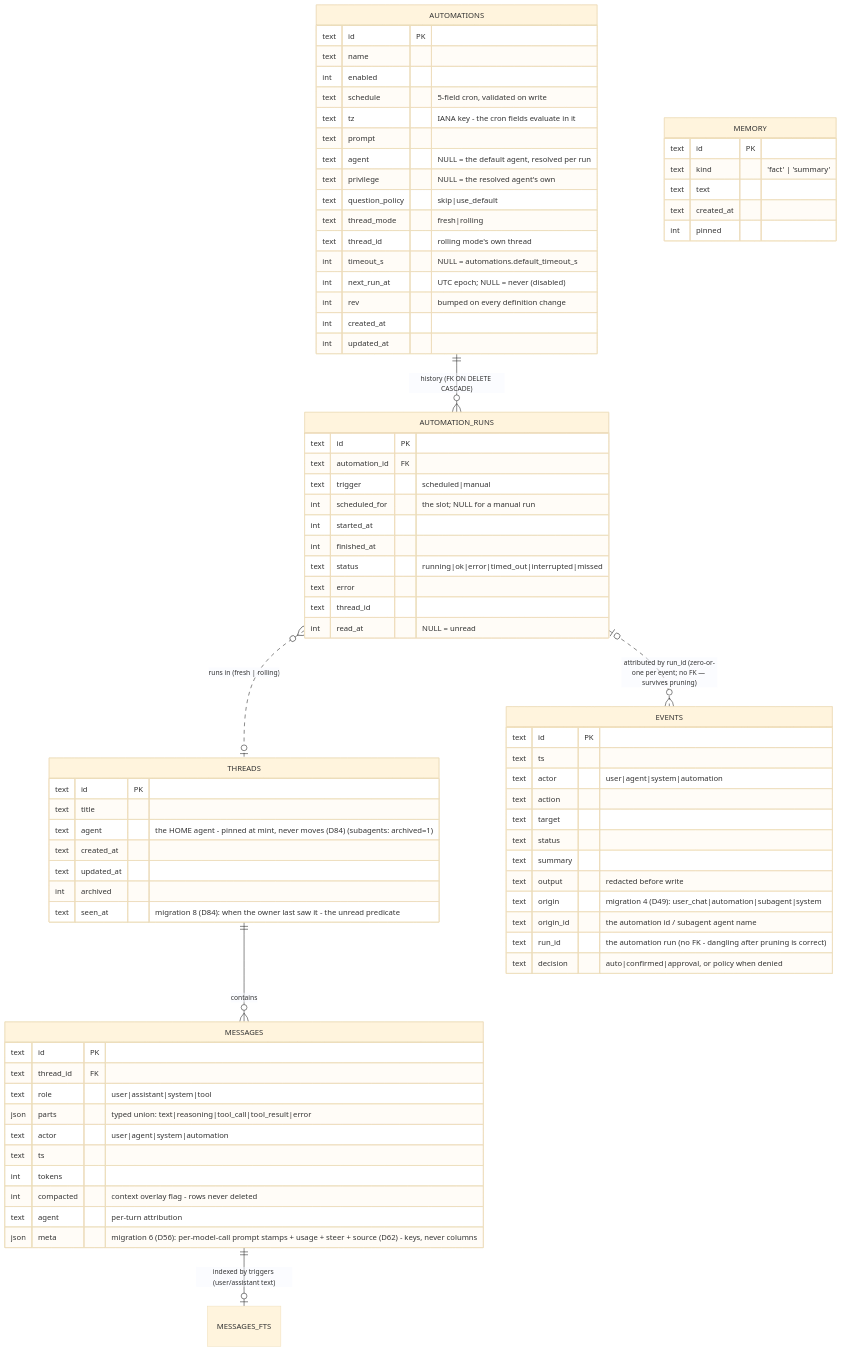
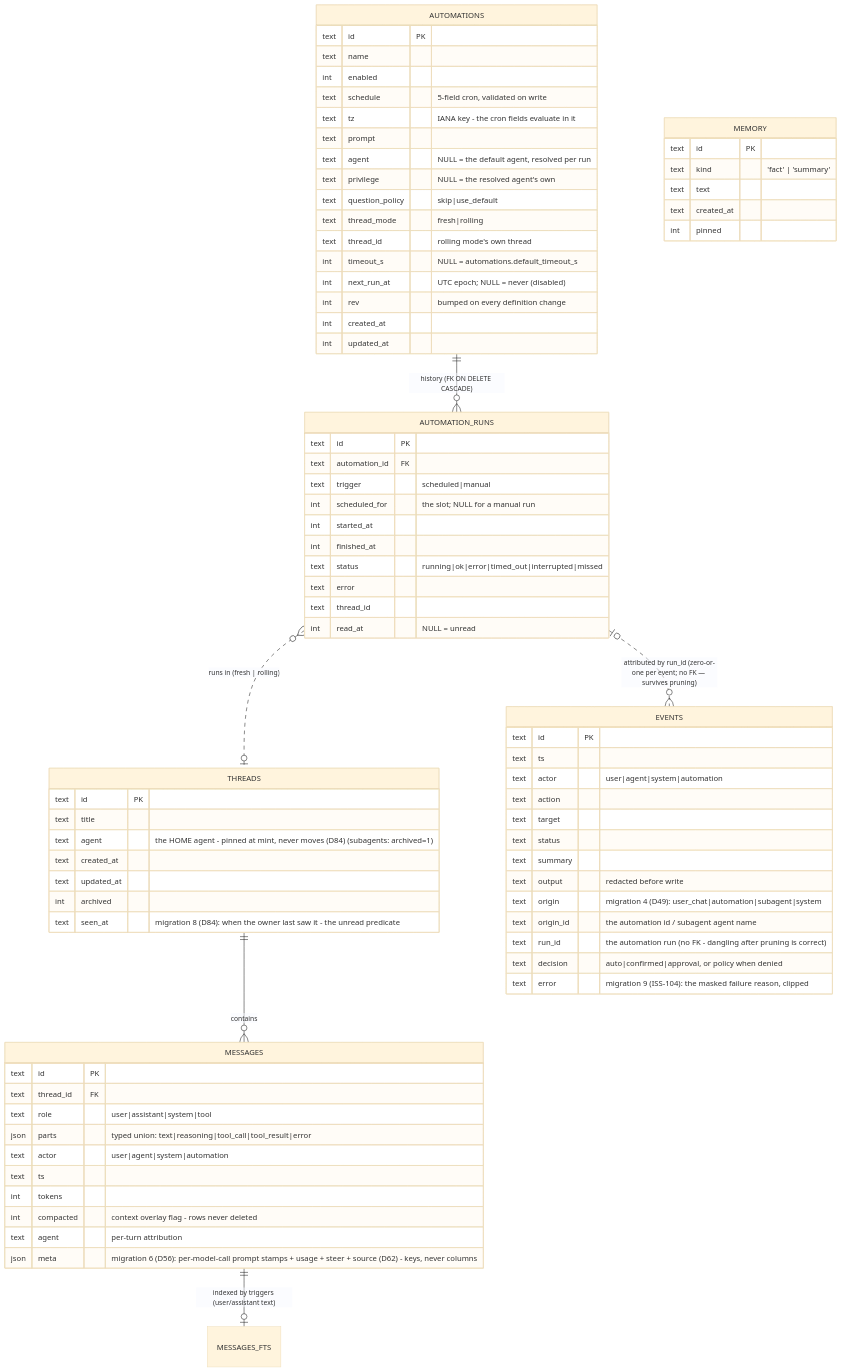
The tenth of 11 diagrams in docs/SPEC.md (nengoxx/ctrl-b), drawn with Mermaid (base theme) before and after one commit. The commit also changed other lines of this file and 20 other files, not shown here.

````diff
--- a/docs/SPEC.md
+++ b/docs/SPEC.md
@@ -394,80 +394,81 @@
 ```mermaid
 erDiagram
     THREADS ||--o{ MESSAGES : contains
     MESSAGES ||--o| MESSAGES_FTS : "indexed by triggers (user/assistant text)"
     AUTOMATIONS ||--o{ AUTOMATION_RUNS : "history (FK ON DELETE CASCADE)"
     AUTOMATION_RUNS }o..o| THREADS : "runs in (fresh | rolling)"
     AUTOMATION_RUNS |o..o{ EVENTS : "attributed by run_id (zero-or-one per event; no FK — survives pruning)"
     THREADS {
         text id PK
         text title
         text agent "the HOME agent - pinned at mint, never moves (D84) (subagents: archived=1)"
         text created_at
         text updated_at
         int archived
         text seen_at "migration 8 (D84): when the owner last saw it - the unread predicate"
     }
     MESSAGES {
         text id PK
         text thread_id FK
         text role "user|assistant|system|tool"
         json parts "typed union: text|reasoning|tool_call|tool_result|error"
         text actor "user|agent|system|automation"
         text ts
         int tokens
         int compacted "context overlay flag - rows never deleted"
         text agent "per-turn attribution"
         json meta "migration 6 (D56): per-model-call prompt stamps + usage + steer + source (D62) - keys, never columns"
     }
     EVENTS {
         text id PK
         text ts
         text actor "user|agent|system|automation"
         text action
         text target
         text status
         text summary
         text output "redacted before write"
         text origin "migration 4 (D49): user_chat|automation|subagent|system"
         text origin_id "the automation id / subagent agent name"
         text run_id "the automation run (no FK - dangling after pruning is correct)"
         text decision "auto|confirmed|approval, or policy when denied"
+        text error "migration 9 (ISS-104): the masked failure reason, clipped"
     }
     AUTOMATIONS {
         text id PK
         text name
         int enabled
         text schedule "5-field cron, validated on write"
         text tz "IANA key - the cron fields evaluate in it"
         text prompt
         text agent "NULL = the default agent, resolved per run"
         text privilege "NULL = the resolved agent's own"
         text question_policy "skip|use_default"
         text thread_mode "fresh|rolling"
         text thread_id "rolling mode's own thread"
         int timeout_s "NULL = automations.default_timeout_s"
         int next_run_at "UTC epoch; NULL = never (disabled)"
         int rev "bumped on every definition change"
         int created_at
         int updated_at
     }
     AUTOMATION_RUNS {
         text id PK
         text automation_id FK
         text trigger "scheduled|manual"
         int scheduled_for "the slot; NULL for a manual run"
         int started_at
         int finished_at
         text status "running|ok|error|timed_out|interrupted|missed"
         text error
         text thread_id
         int read_at "NULL = unread"
     }
     MEMORY {
         text id PK
         text kind "'fact' | 'summary'"
         text text
         text created_at
         int pinned
     }
 ```
````
